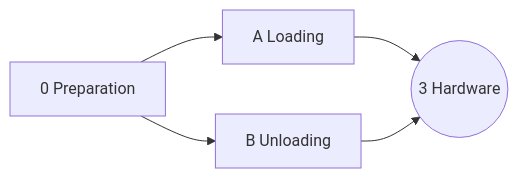
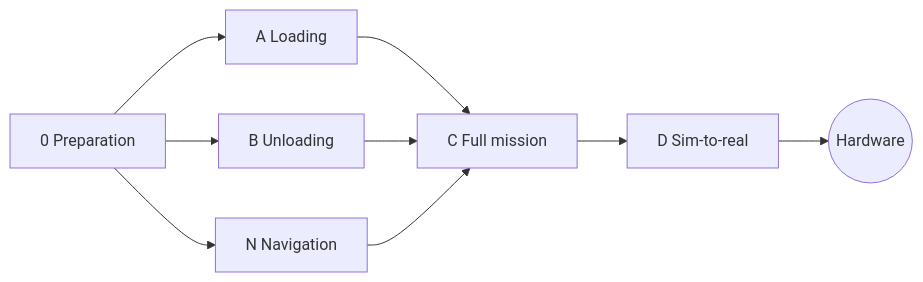
The diagram in docs/plan.md (anka335/Alien-Bazaar-Hackaton), drawn with Mermaid before and after one commit. The commit also changed other lines of this file and 10 other files, not shown here.

First line of the commit message:
docs: plan the navigation, full-mission and sim-to-real stages (D-035)

````diff
--- a/docs/plan.md
+++ b/docs/plan.md
@@ -5,7 +5,11 @@
 ```mermaid
 graph LR
   S0[0 Preparation] --> SA[A Loading]
   S0 --> SB[B Unloading]
-  SA --> S3((3 Hardware))
-  SB --> S3
+  S0 --> SN[N Navigation]
+  SA --> SC[C Full mission]
+  SB --> SC
+  SN --> SC
+  SC --> SD[D Sim-to-real]
+  SD --> S3((Hardware))
 ```
````
